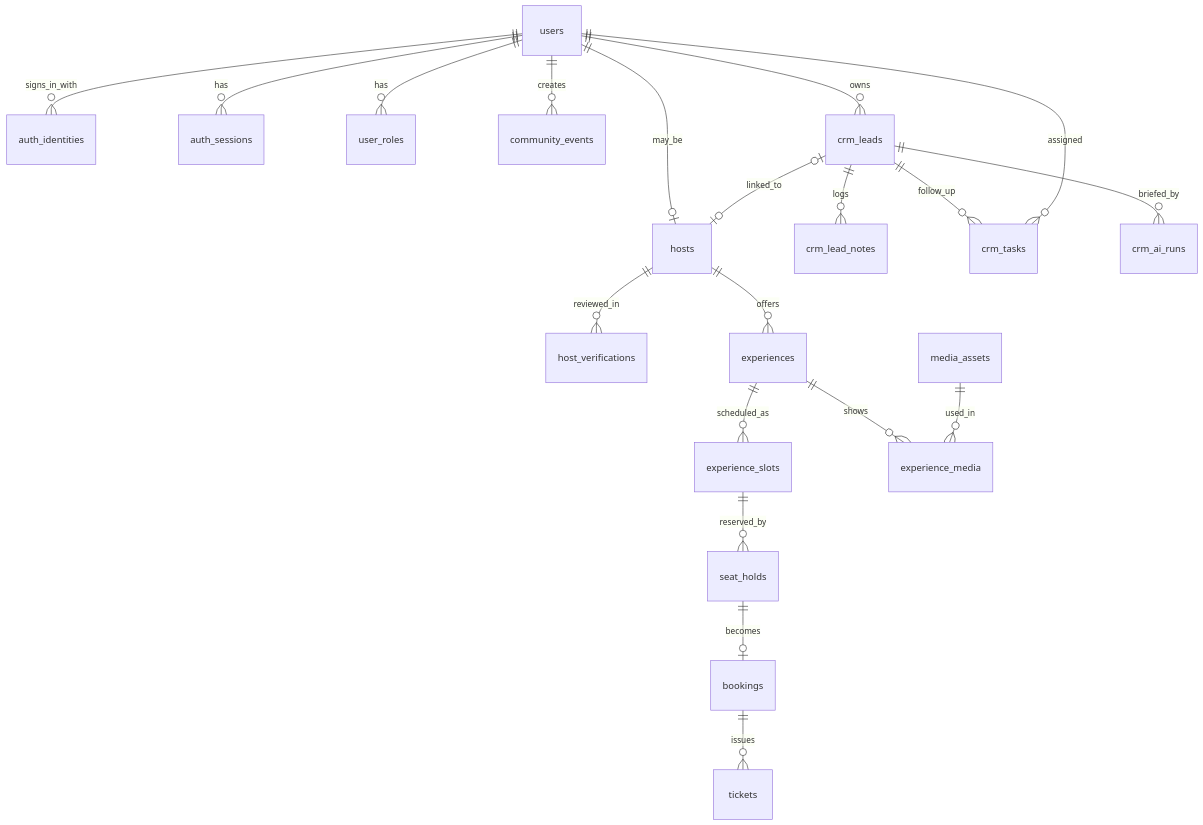
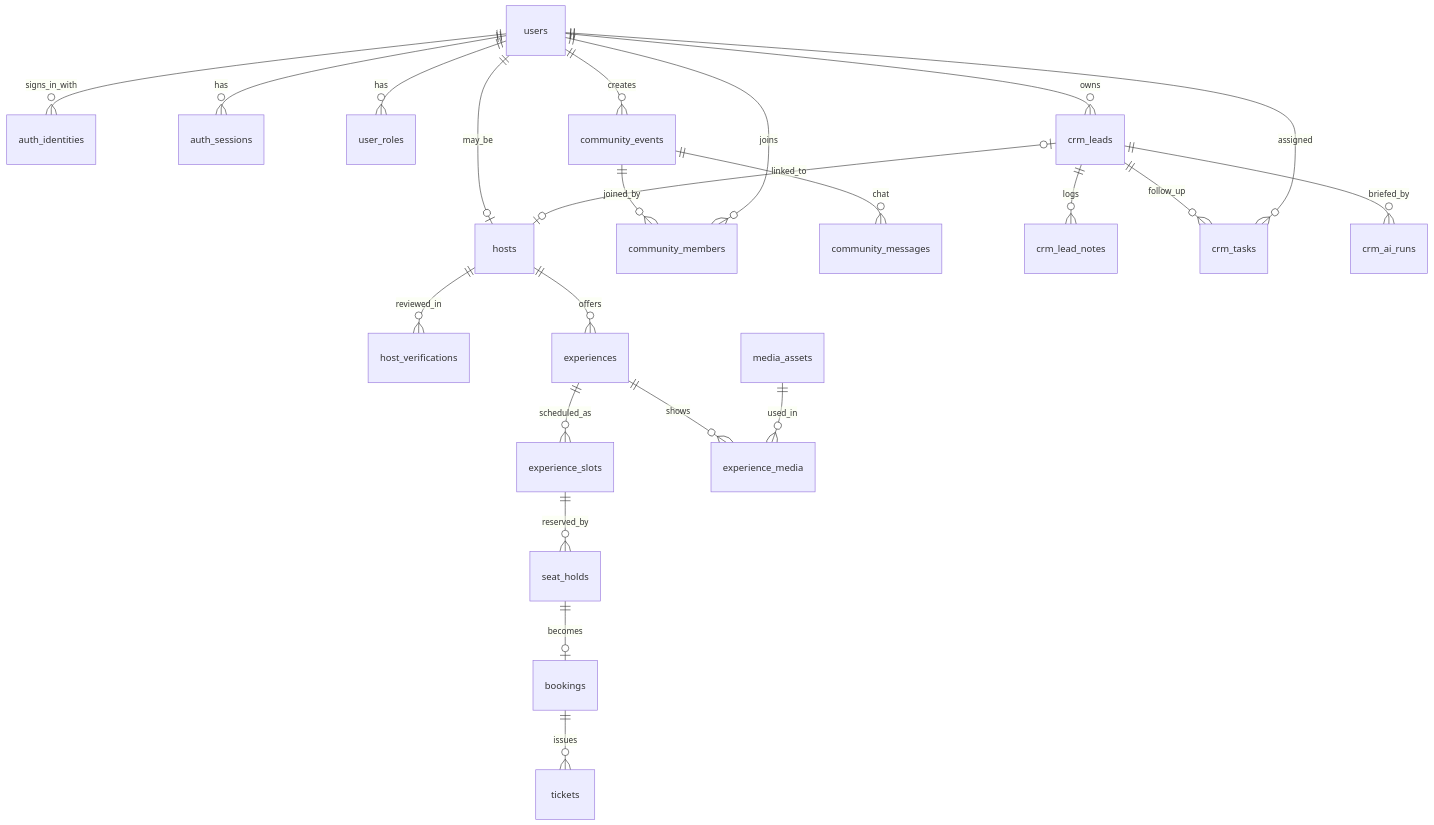
One commit to cdawork15/sikkim changed diagram 11 of 11 in docs/ARCHITECTURE.md. Above: the diagram before and after it, drawn with Mermaid. The commit also changed other lines of this file and 64 other files, not shown here.

````diff
--- a/docs/ARCHITECTURE.md
+++ b/docs/ARCHITECTURE.md
@@ -233,22 +265,25 @@
 ```mermaid
 erDiagram
   users ||--o{ auth_identities : signs_in_with
   users ||--o{ auth_sessions : has
   users ||--o{ user_roles : has
   users ||--o| hosts : may_be
   hosts ||--o{ host_verifications : reviewed_in
   hosts ||--o{ experiences : offers
   experiences ||--o{ experience_slots : scheduled_as
   experience_slots ||--o{ seat_holds : reserved_by
   seat_holds ||--o| bookings : becomes
   bookings ||--o{ tickets : issues
   experiences ||--o{ experience_media : shows
   media_assets ||--o{ experience_media : used_in
   users ||--o{ community_events : creates
+  community_events ||--o{ community_members : joined_by
+  users ||--o{ community_members : joins
+  community_events ||--o{ community_messages : chat
   crm_leads ||--o{ crm_lead_notes : logs
   crm_leads ||--o{ crm_tasks : follow_up
   crm_leads ||--o{ crm_ai_runs : briefed_by
   users ||--o{ crm_tasks : assigned
   crm_leads |o--o| hosts : linked_to
   users ||--o{ crm_leads : owns
 ```
````
